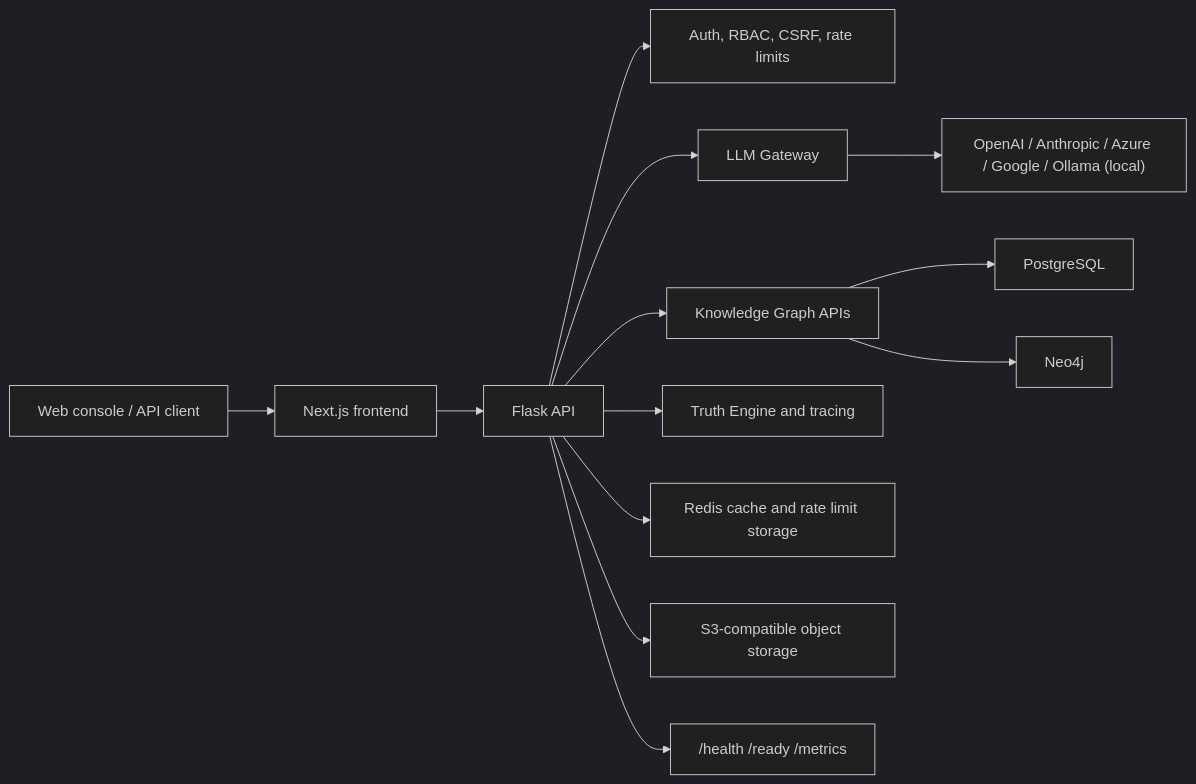
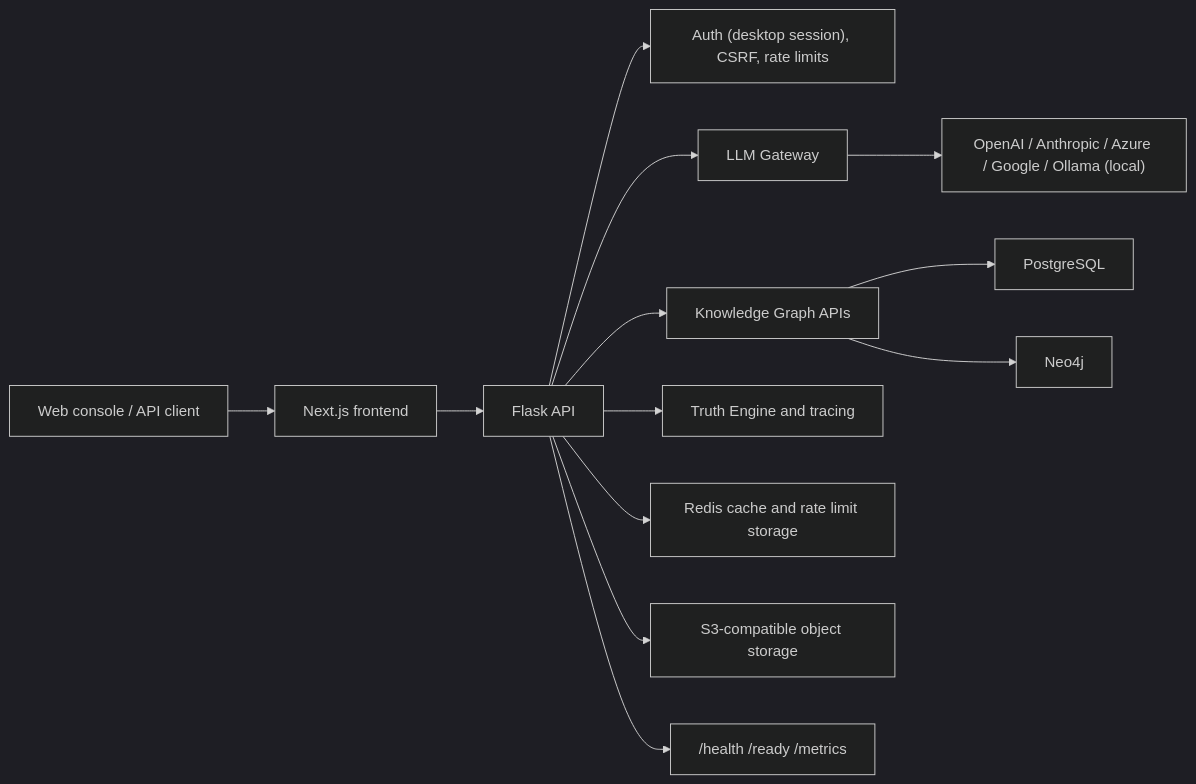
The diagram in .github/README.md (kherrera6219/DataLogicEngine), drawn with Mermaid (dark theme) before and after one commit. The commit also changed other lines of this file, not shown here.

````diff
--- a/.github/README.md
+++ b/.github/README.md
@@ -212,15 +214,15 @@
 ```mermaid
 flowchart LR
   Client["Web console / API client"] --> Frontend["Next.js frontend"]
   Frontend --> API["Flask API"]
-  API --> Auth["Auth, RBAC, CSRF, rate limits"]
+  API --> Auth["Auth (desktop session), CSRF, rate limits"]
   API --> Gateway["LLM Gateway"]
   API --> Graph["Knowledge Graph APIs"]
   API --> Truth["Truth Engine and tracing"]
   Gateway --> Providers["OpenAI / Anthropic / Azure / Google / Ollama (local)"]
   Graph --> Postgres["PostgreSQL"]
   Graph --> Neo4j["Neo4j"]
   API --> Redis["Redis cache and rate limit storage"]
   API --> ObjectStore["S3-compatible object storage"]
   API --> Metrics["/health /ready /metrics"]
 ```
````
